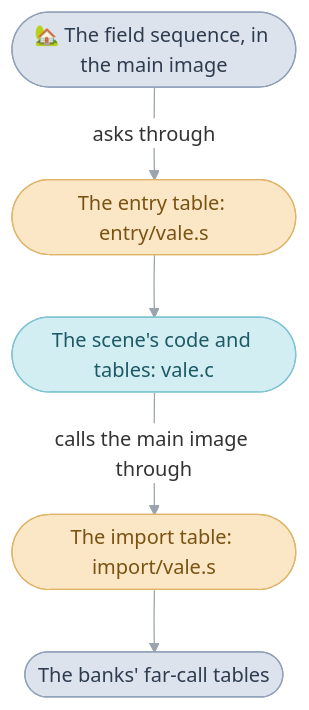
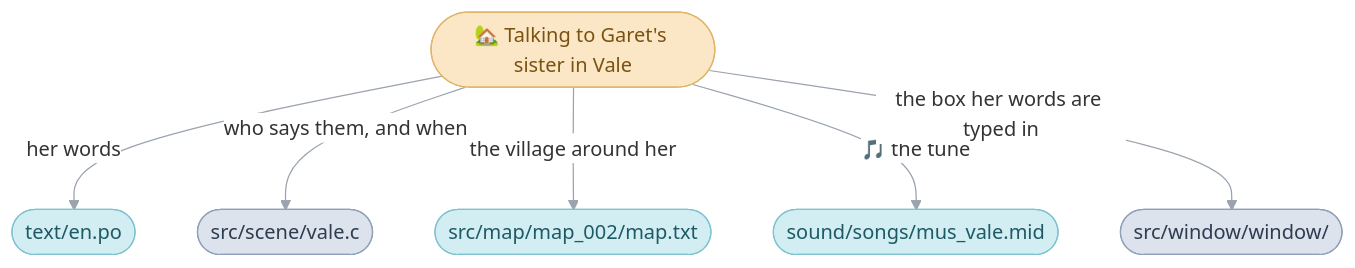
The diagram in games/tbs/src/README.md (PascalPixel/alchemy), drawn with Mermaid before and after one commit. The commit also changed other lines of this file and 20 other files, not shown here.

````diff
--- a/games/tbs/src/README.md
+++ b/games/tbs/src/README.md
@@ -207,14 +26,15 @@
 ```mermaid
 %%{init: {"theme": "base", "themeVariables": {"lineColor": "#9AA3AE", "edgeLabelBackground": "#FFFFFF"}, "flowchart": {"curve": "basis", "padding": 12}}}%%
 flowchart TD
-  field(["🏡 The field sequence, in the main image"]) -- "asks through" --> entry(["The entry table: entry/vale.s"])
-  entry --> code(["The scene's code and tables: vale.c"])
-  code -- "calls the main image through" --> import(["The import table: import/vale.s"])
-  import --> tables(["The banks' far-call tables"])
+  moment(["🏡 Talking to Garet's sister in Vale"]) -- "her words" --> text(["text/en.po"])
+  moment -- "who says them, and when" --> scene(["src/scene/vale.c"])
+  moment -- "the village around her" --> map(["src/map/map_002/map.txt"])
+  moment -- "🎵 the tune" --> music(["sound/songs/mus_vale.mid"])
+  moment -- "the box her words are typed in" --> window(["src/window/window/"])
   classDef image fill:#DDE3EC,stroke:#8FA0B8,color:#2E3C50
-  classDef overlay fill:#D2EEF3,stroke:#7FC3D0,color:#1E5966
-  classDef table fill:#FBE7C6,stroke:#E0B46A,color:#7A5212
-  class field,tables image
-  class code overlay
-  class entry,import table
+  classDef data fill:#D2EEF3,stroke:#7FC3D0,color:#1E5966
+  classDef directory fill:#FBE7C6,stroke:#E0B46A,color:#7A5212
+  class moment directory
+  class scene,window image
+  class text,map,music data
 ```
````
